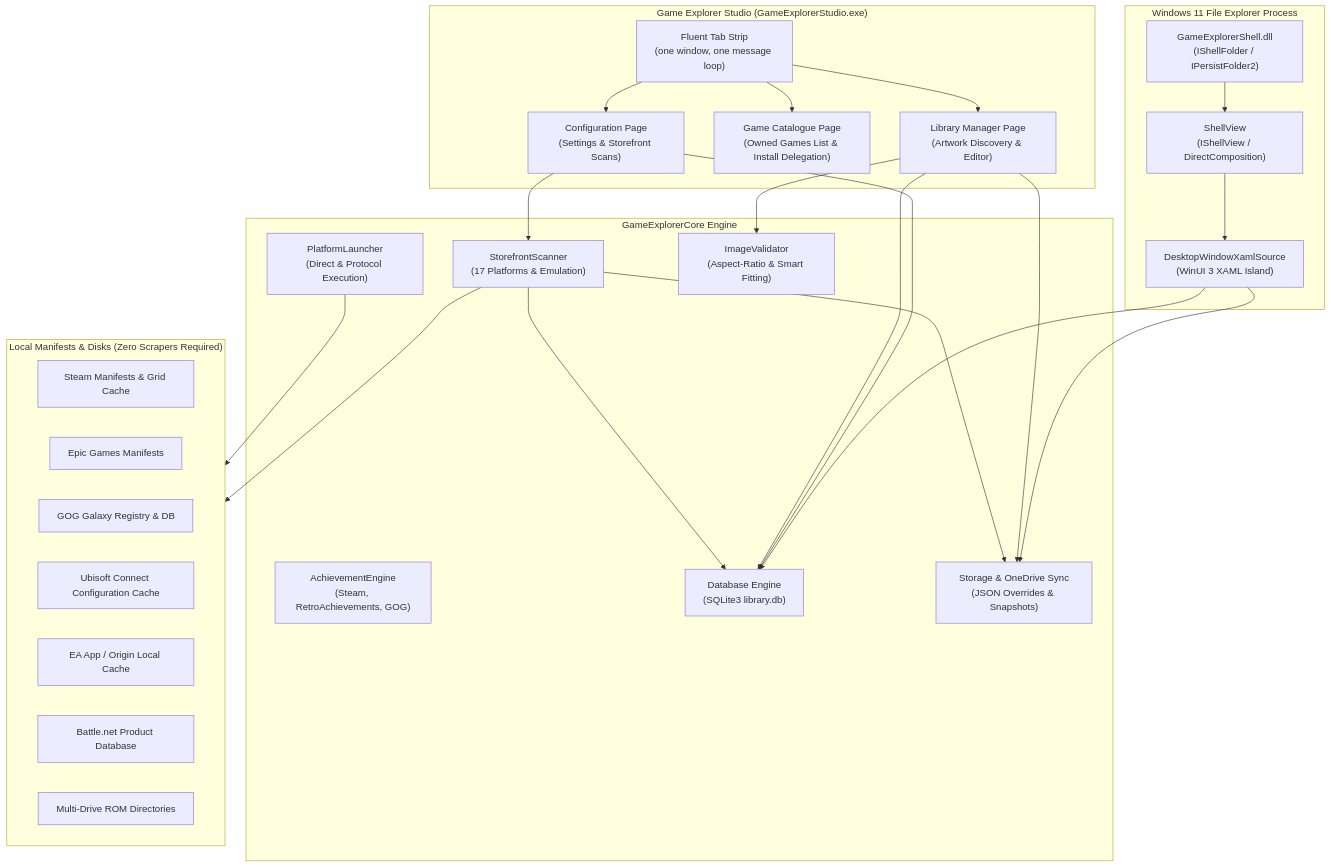
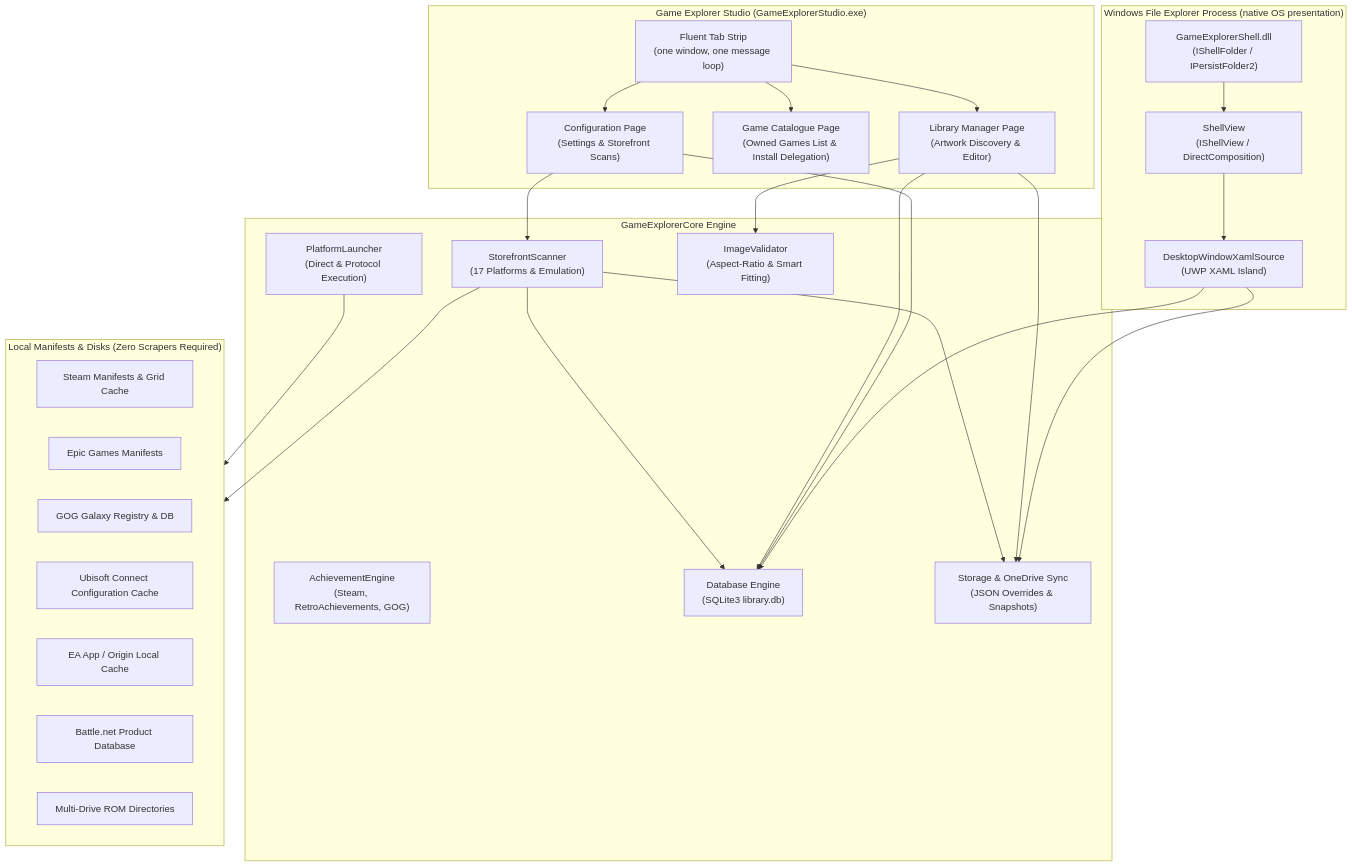
The diagram in docs/overview.md (HELIX-Origin/windows-game-explorer), drawn with Mermaid before and after one commit. The commit also changed other lines of this file and 35 other files, not shown here.

Commit message:
feat(m18-m19): explorer watcher/loader, preload worker optimization, Windows 10/11 compatibility

````diff
--- a/docs/overview.md
+++ b/docs/overview.md
@@ -21,52 +21,52 @@
 ```mermaid
 flowchart TD
-    subgraph ExplorerHost["Windows 11 File Explorer Process"]
+    subgraph ExplorerHost["Windows File Explorer Process (native OS presentation)"]
         ShellFolder["GameExplorerShell.dll<br/>(IShellFolder / IPersistFolder2)"]
         ShellView["ShellView<br/>(IShellView / DirectComposition)"]
-        XamlIsland["DesktopWindowXamlSource<br/>(WinUI 3 XAML Island)"]
+        XamlIsland["DesktopWindowXamlSource<br/>(UWP XAML Island)"]
         ShellFolder --> ShellView
         ShellView --> XamlIsland
     end
 
     subgraph CompanionApps["Game Explorer Studio (GameExplorerStudio.exe)"]
         TabStrip["Fluent Tab Strip<br/>(one window, one message loop)"]
         ManagerApp["Library Manager Page<br/>(Artwork Discovery & Editor)"]
         CatalogueApp["Game Catalogue Page<br/>(Owned Games List & Install Delegation)"]
         ConfigApp["Configuration Page<br/>(Settings & Storefront Scans)"]
         TabStrip --> ManagerApp
         TabStrip --> CatalogueApp
         TabStrip --> ConfigApp
     end
 
     subgraph CoreEngine["GameExplorerCore Engine"]
         Scanner["StorefrontScanner<br/>(17 Platforms & Emulation)"]
         AchieveEngine["AchievementEngine<br/>(Steam, RetroAchievements, GOG)"]
         Launcher["PlatformLauncher<br/>(Direct & Protocol Execution)"]
         Validator["ImageValidator<br/>(Aspect-Ratio & Smart Fitting)"]
         DB["Database Engine<br/>(SQLite3 library.db)"]
         StorageEngine["Storage & OneDrive Sync<br/>(JSON Overrides & Snapshots)"]
     end
 
     subgraph LocalStores["Local Manifests & Disks (Zero Scrapers Required)"]
         SteamStore["Steam Manifests & Grid Cache"]
         EpicStore["Epic Games Manifests"]
         GOGStore["GOG Galaxy Registry & DB"]
         UbiStore["Ubisoft Connect Configuration Cache"]
         EAStore["EA App / Origin Local Cache"]
         BNetStore["Battle.net Product Database"]
         ROMStore["Multi-Drive ROM Directories"]
     end
 
     XamlIsland --> DB
     XamlIsland --> StorageEngine
     ConfigApp --> Scanner
     ConfigApp --> DB
     ManagerApp --> DB
     ManagerApp --> Validator
     ManagerApp --> StorageEngine
 
     Scanner --> LocalStores
     Scanner --> DB
     Scanner --> StorageEngine
     Launcher --> LocalStores
 ```
````
